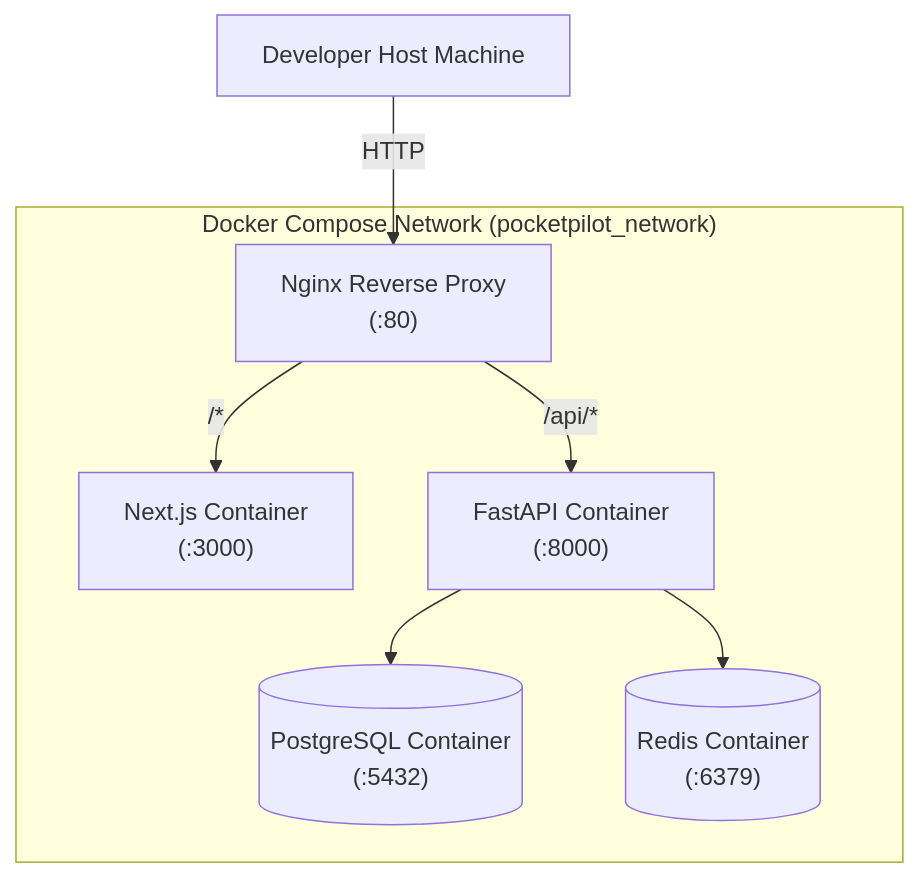
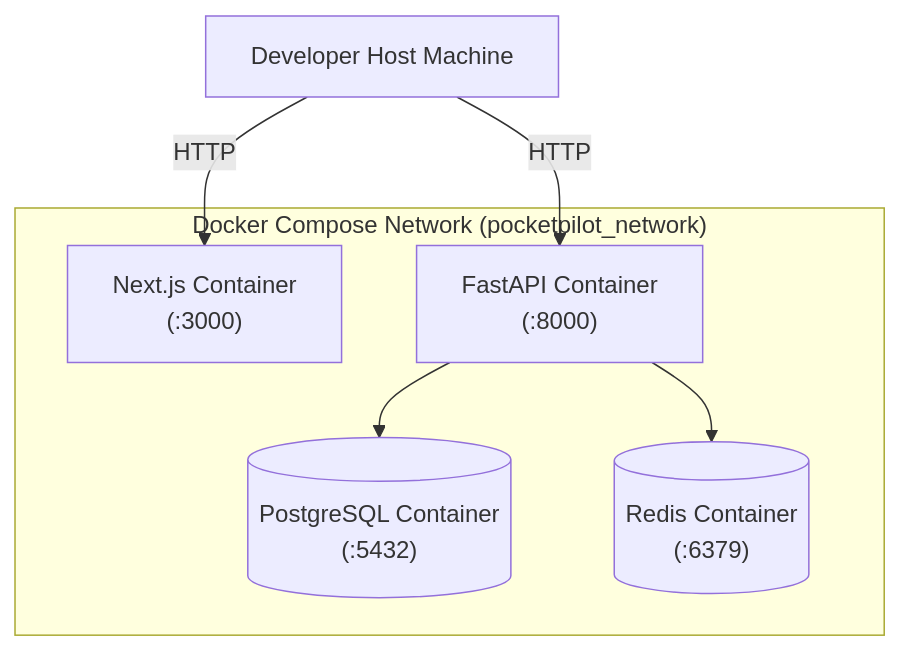
The eighth of 8 diagrams in docs/architecture_diagrams.md (Vaibhav-Rajput-connect/pocketpilot), drawn with Mermaid before and after one commit. The commit also changed other lines of this file and 51 other files, not shown here.

````diff
--- a/docs/architecture_diagrams.md
+++ b/docs/architecture_diagrams.md
@@ -258,19 +208,17 @@
 ```mermaid
 graph TD
     Host["Developer Host Machine"]
     
     subgraph "Docker Compose Network (pocketpilot_network)"
-        Nginx["Nginx Reverse Proxy\n(:80)"]
         Frontend["Next.js Container\n(:3000)"]
         Backend["FastAPI Container\n(:8000)"]
         Postgres[("PostgreSQL Container\n(:5432)")]
         Redis[("Redis Container\n(:6379)")]
     end
     
-    Host -->|HTTP| Nginx
-    Nginx -->|/api/*| Backend
-    Nginx -->|/*| Frontend
+    Host -->|HTTP| Frontend
+    Host -->|HTTP| Backend
     
     Backend --> Postgres
     Backend --> Redis
 ```
````
